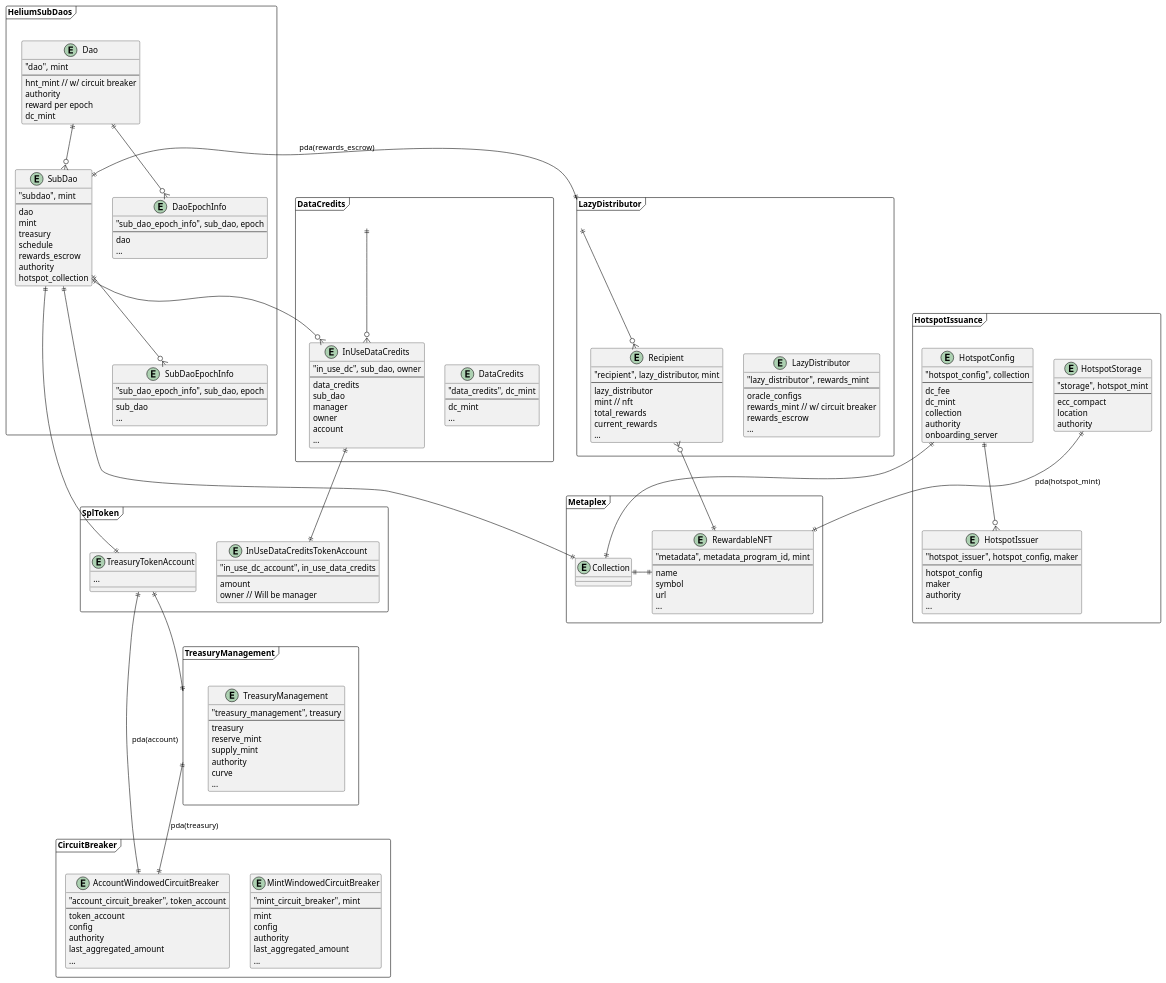
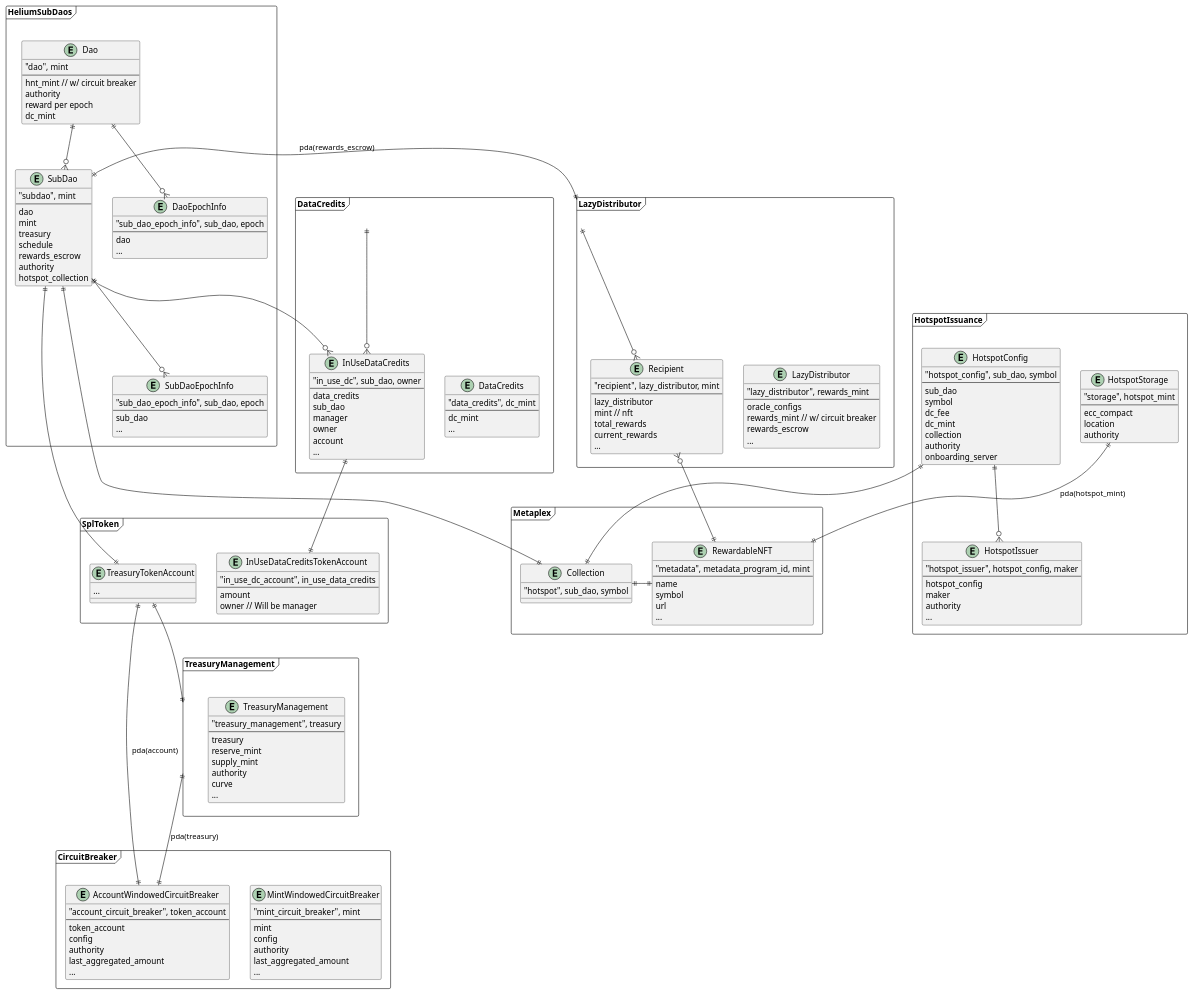
Before and after one commit to helium/helium-program-library: the diagram in diagrams/erd.puml, drawn with PlantUML. The commit also changed 22 other files, not shown here.

```diff
--- a/diagrams/erd.puml
+++ b/diagrams/erd.puml
@@ -94,8 +94,10 @@
 
 frame HotspotIssuance {
   entity HotspotConfig {
-    "hotspot_config", collection
+    "hotspot_config", sub_dao, symbol
     --
+    sub_dao
+    symbol
     dc_fee
     dc_mint
     collection
@@ -143,7 +145,10 @@
 }
 
 frame Metaplex {
-  entity Collection
+  entity Collection {
+    "hotspot", sub_dao, symbol
+  }
+
   entity RewardableNFT {
     "metadata", metadata_program_id, mint
     --
```
